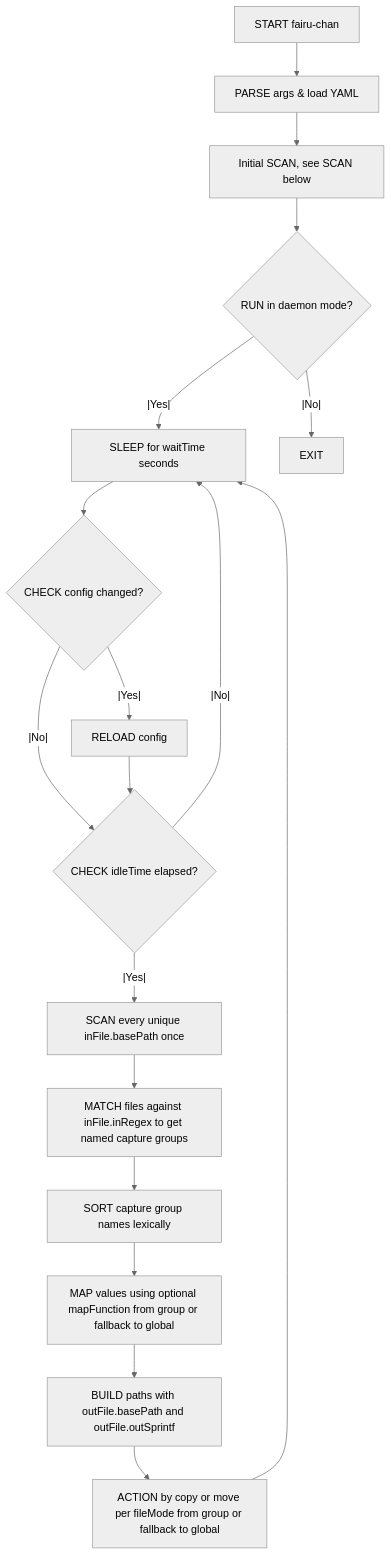
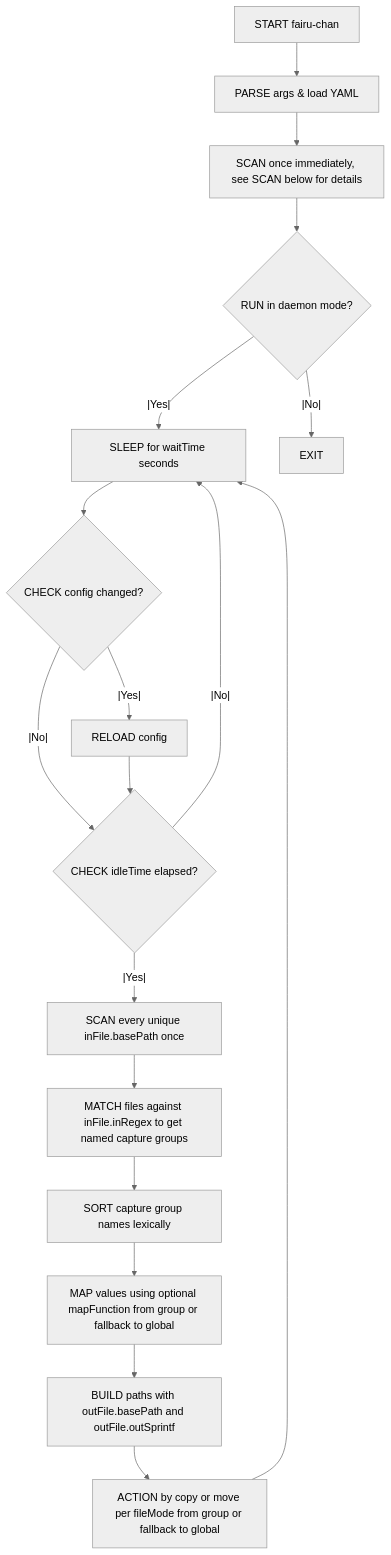
Before and after one commit to justinnamilee/fairu-chan: the diagram in README.md, drawn with Mermaid (neutral theme).

Commit message:
modify workding of first SCAN in README flowchart

````diff
--- a/README.md
+++ b/README.md
@@ -35,23 +35,23 @@
 ```mermaid
 
 graph TD
   A[START fairu-chan] --> B[PARSE args & load YAML]
-  B --> C[Initial SCAN, see SCAN below]
+  B --> C[SCAN once immediately, see SCAN below for details]
   C --> D{RUN in daemon mode?}
   D --|Yes|--> G[SLEEP for waitTime seconds]
   D --|No|--> F[EXIT]
   G --> H{CHECK config changed?}
   H --|Yes|--> I[RELOAD config]
   H --|No|--> K
   I --> K{CHECK idleTime elapsed?}
   K --|No|--> G
   K --|Yes|--> L[SCAN every unique inFile.basePath once]
   L --> M[MATCH files against inFile.inRegex to get named capture groups]
   M --> N[SORT capture group names lexically]
   N --> O[MAP values using optional mapFunction from group or fallback to global]
   O --> P[BUILD paths with outFile.basePath and outFile.outSprintf]
   P --> Q[ACTION by copy or move per fileMode from group or fallback to global]
   Q --> G
 
 
 ```
````
